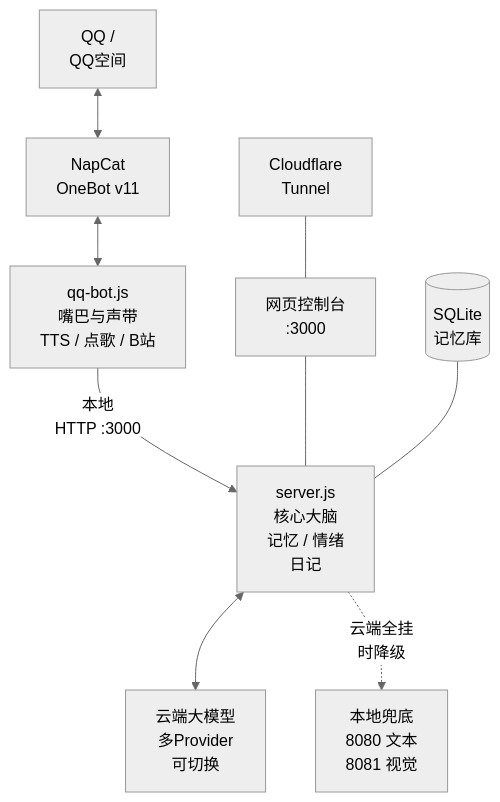
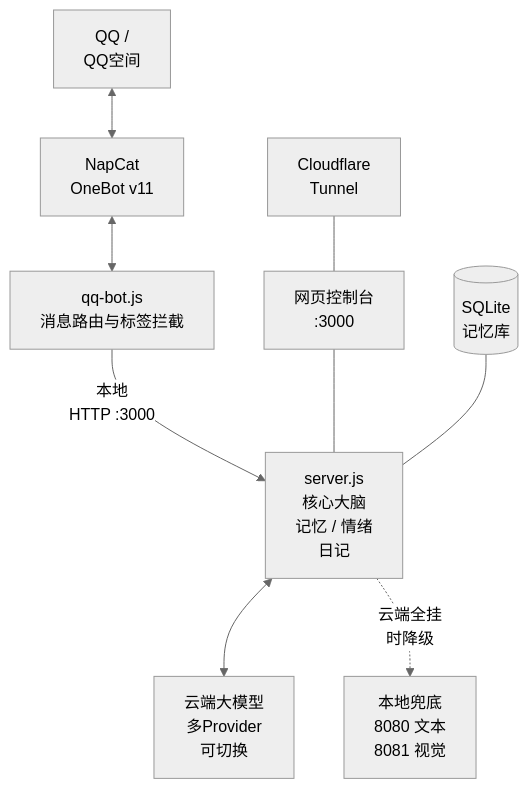
The diagram in README.md (CiveStudio/CiveBot), drawn with Mermaid (neutral theme) before and after one commit. The commit also changed other lines of this file and 7 other files, not shown here.

````diff
--- a/README.md
+++ b/README.md
@@ -22,11 +23,11 @@
 ```mermaid
 flowchart TB
     QQ["QQ /<br/>QQ空间"] <--> NC["NapCat<br/>OneBot v11"]
-    NC <--> BOT["qq-bot.js<br/>嘴巴与声带<br/>TTS / 点歌 / B站"]
+    NC <--> BOT["qq-bot.js<br/>消息路由与标签拦截"]
     BOT -->|"本地<br/>HTTP :3000"| SRV["server.js<br/>核心大脑<br/>记忆 / 情绪<br/>日记"]
     SRV <--> CLOUD["云端大模型<br/>多Provider<br/>可切换"]
     SRV -.->|"云端全挂<br/>时降级"| LOCAL["本地兜底<br/>8080 文本<br/>8081 视觉"]
     WEB["网页控制台<br/>:3000"] --- SRV
     CF["Cloudflare<br/>Tunnel"] --- WEB
     DB[("SQLite<br/>记忆库")] --- SRV
 ```
````
